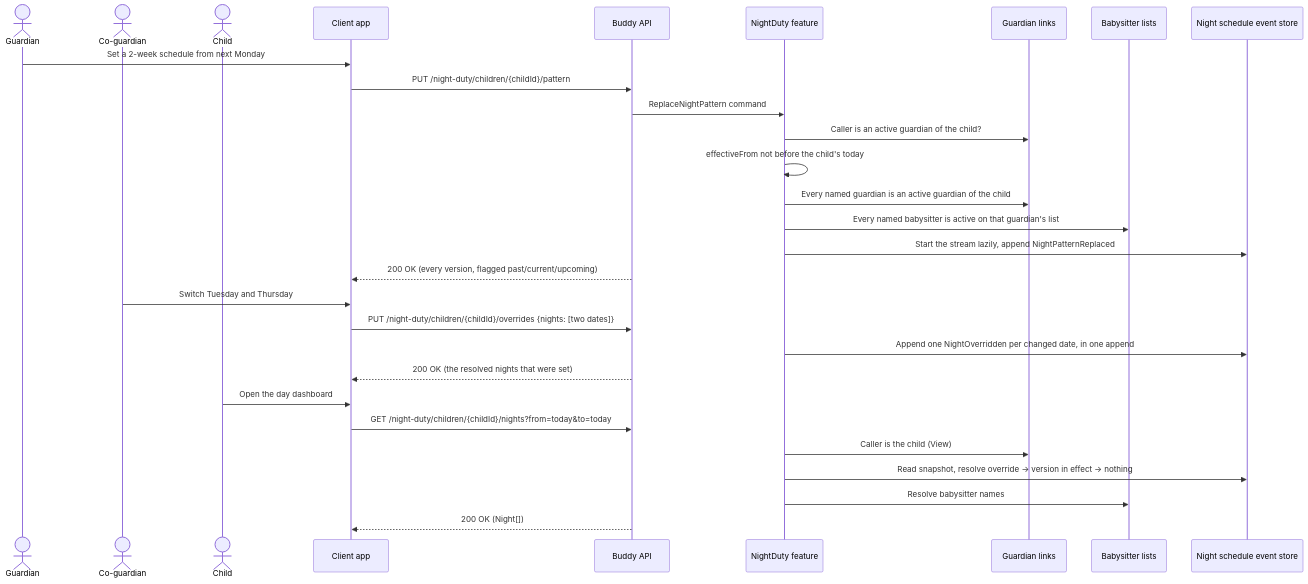
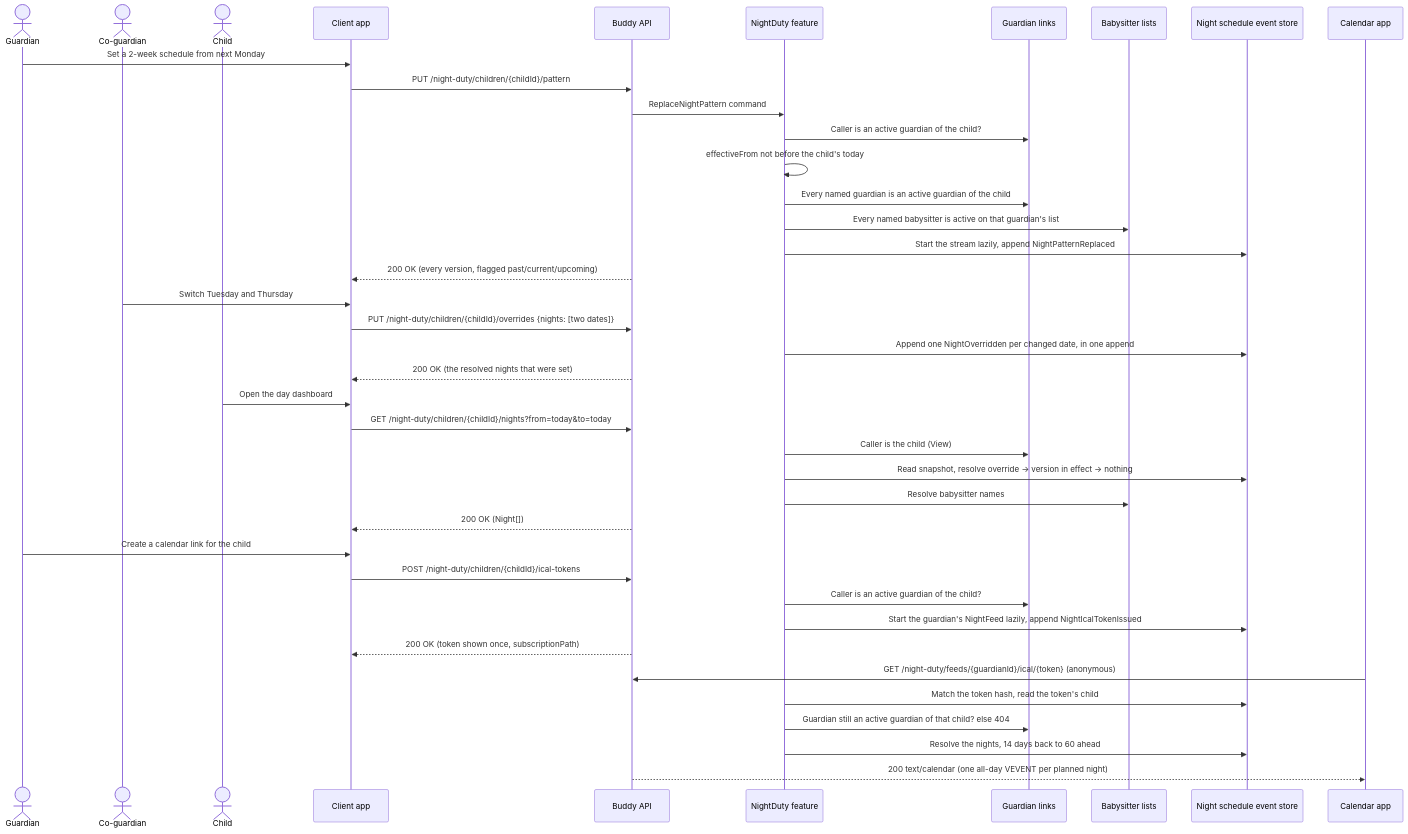
One commit to kimipsen/buddy changed the diagram in docs/backend/night-duty/flow.md. Above: the diagram before and after it, drawn with Mermaid. The commit also changed other lines of this file and 70 other files, not shown here.

First line of the commit message:
feat(night-duty): iCal feed of a child's night schedule [skip-docs]

````diff
--- a/docs/backend/night-duty/flow.md
+++ b/docs/backend/night-duty/flow.md
@@ -10,34 +12,47 @@
 ```mermaid
 sequenceDiagram
     actor Guardian
     actor CoGuardian as Co-guardian
     actor Child
     participant App as Client app
     participant API as Buddy API
     participant ND as NightDuty feature
     participant Guardians as Guardian links
     participant Sitters as Babysitter lists
     participant Store as Night schedule event store
 
     Guardian->>App: Set a 2-week schedule from next Monday
     App->>API: PUT /night-duty/children/{childId}/pattern
     API->>ND: ReplaceNightPattern command
     ND->>Guardians: Caller is an active guardian of the child?
     ND->>ND: effectiveFrom not before the child's today
     ND->>Guardians: Every named guardian is an active guardian of the child
     ND->>Sitters: Every named babysitter is active on that guardian's list
     ND->>Store: Start the stream lazily, append NightPatternReplaced
     API-->>App: 200 OK (every version, flagged past/current/upcoming)
 
     CoGuardian->>App: Switch Tuesday and Thursday
     App->>API: PUT /night-duty/children/{childId}/overrides {nights: [two dates]}
     ND->>Store: Append one NightOverridden per changed date, in one append
     API-->>App: 200 OK (the resolved nights that were set)
 
     Child->>App: Open the day dashboard
     App->>API: GET /night-duty/children/{childId}/nights?from=today&to=today
     ND->>Guardians: Caller is the child (View)
     ND->>Store: Read snapshot, resolve override -> version in effect -> nothing
     ND->>Sitters: Resolve babysitter names
     API-->>App: 200 OK (Night[])
+
+    Guardian->>App: Create a calendar link for the child
+    App->>API: POST /night-duty/children/{childId}/ical-tokens
+    ND->>Guardians: Caller is an active guardian of the child?
+    ND->>Store: Start the guardian's NightFeed lazily, append NightIcalTokenIssued
+    API-->>App: 200 OK (token shown once, subscriptionPath)
+
+    participant Cal as Calendar app
+    Cal->>API: GET /night-duty/feeds/{guardianId}/ical/{token} (anonymous)
+    ND->>Store: Match the token hash, read the token's child
+    ND->>Guardians: Guardian still an active guardian of that child? else 404
+    ND->>Store: Resolve the nights, 14 days back to 60 ahead
+    API-->>Cal: 200 text/calendar (one all-day VEVENT per planned night)
 ```
````
